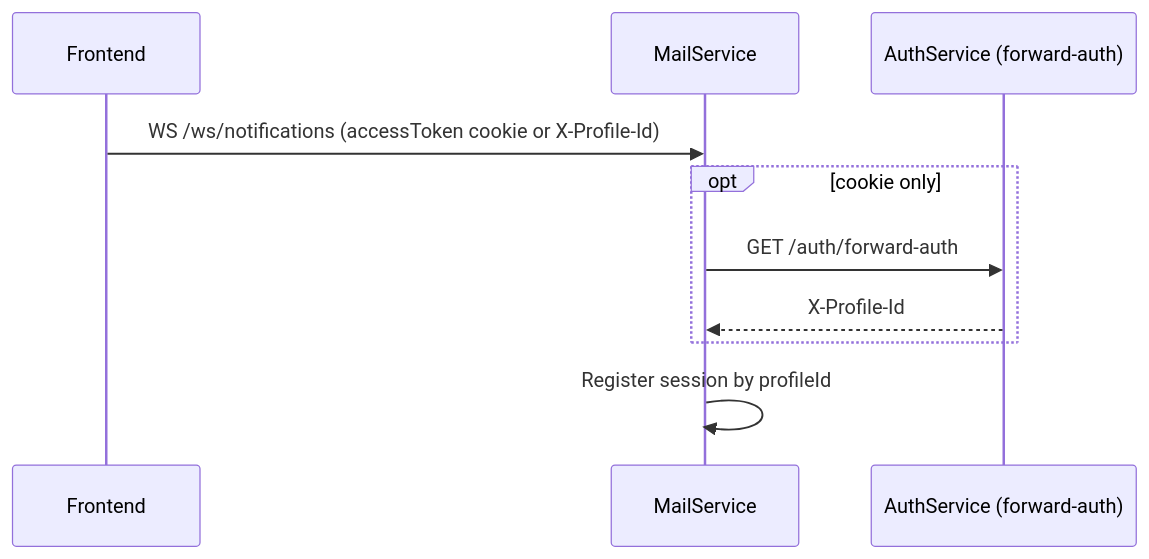
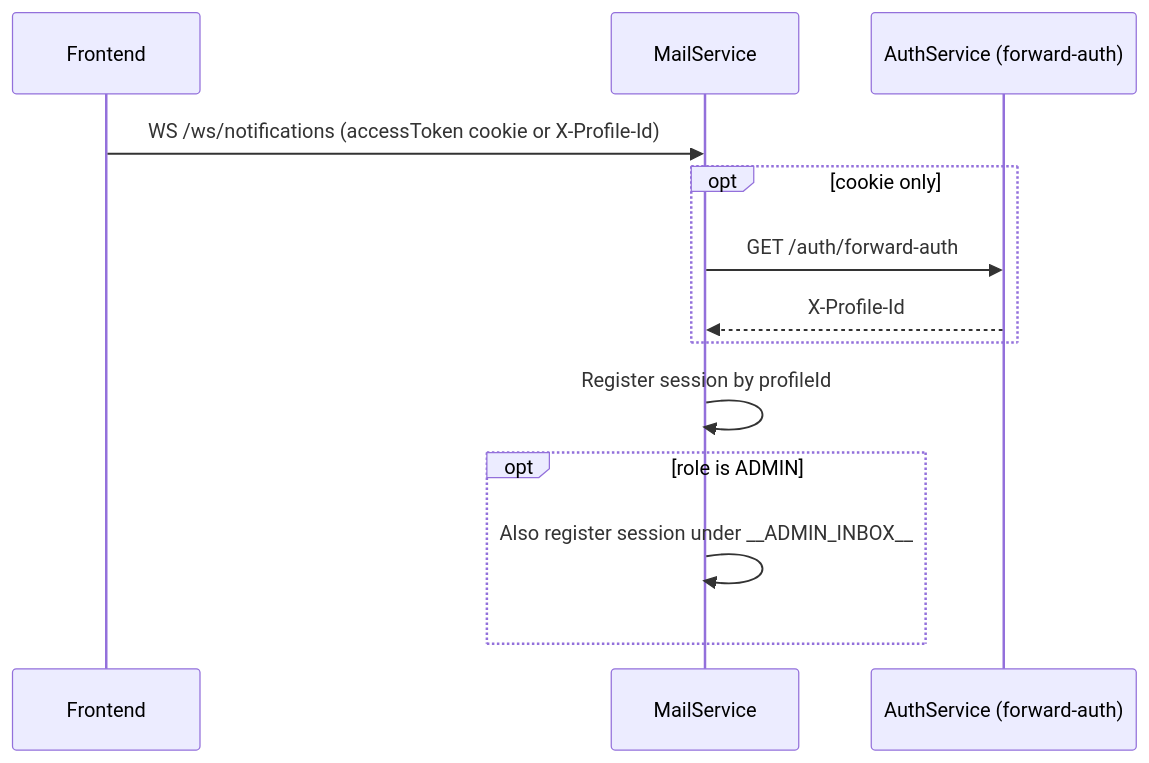
Before and after one commit to Naodab/Second_Life: the sixth of 6 diagrams in mailservice/README.md, drawn with Mermaid. The commit also changed other lines of this file and 39 other files, not shown here.

````diff
--- a/mailservice/README.md
+++ b/mailservice/README.md
@@ -154,13 +269,16 @@
 ```mermaid
 sequenceDiagram
   participant UI as Frontend
   participant M as MailService
   participant A as AuthService (forward-auth)
 
   UI->>M: WS /ws/notifications (accessToken cookie or X-Profile-Id)
   opt cookie only
     M->>A: GET /auth/forward-auth
     A-->>M: X-Profile-Id
   end
   M->>M: Register session by profileId
+  opt role is ADMIN
+    M->>M: Also register session under __ADMIN_INBOX__
+  end
 ```
````
